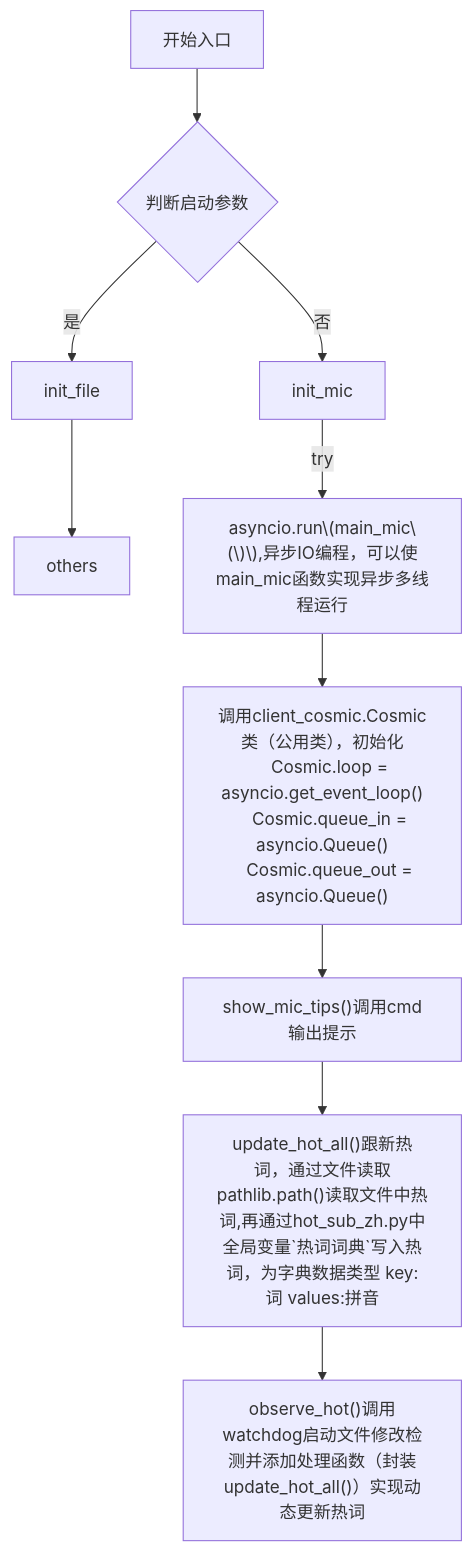
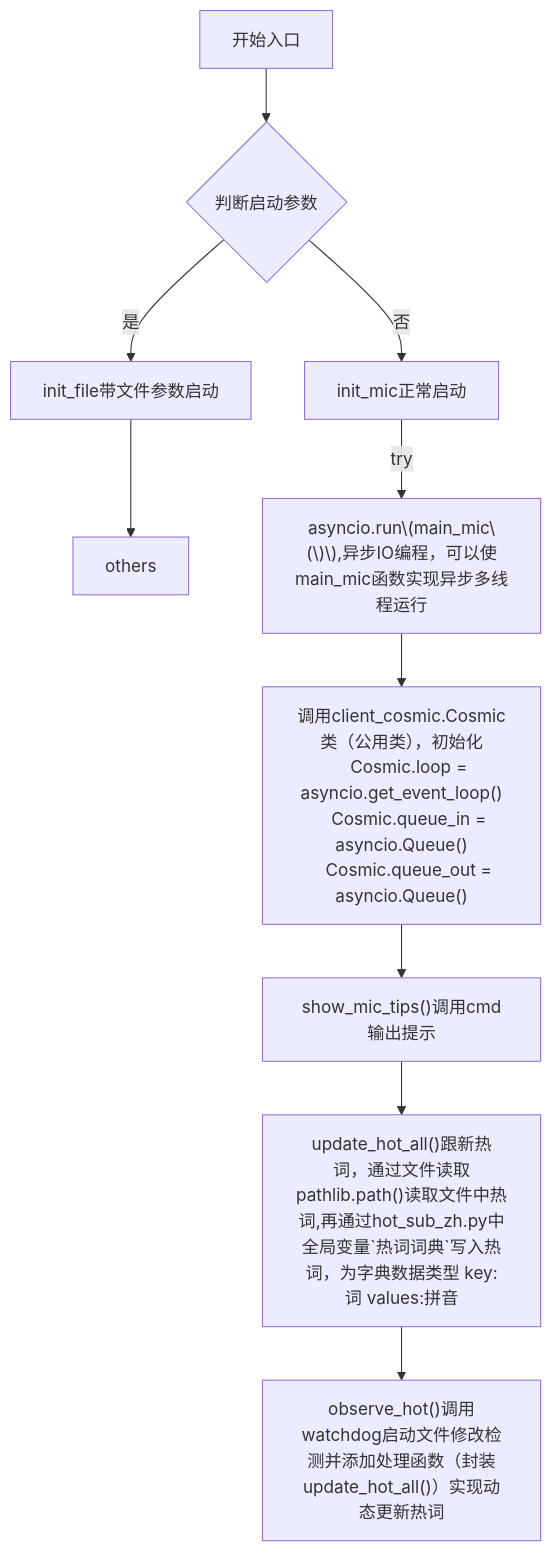
One commit to JIYIC-P/CapsWriter_fixed changed the diagram in README.md. Above: the diagram before and after it, drawn with Mermaid.

````diff
--- a/README.md
+++ b/README.md
@@ -6,15 +6,15 @@
 ```mermaid
 graph TD;
 main[开始入口] --> A{判断启动参数};
-A -->|是| B[init_file];
-A -->|否| C[init_mic];
+A -->|是| B[init_file带文件参数启动];
+A -->|否| C[init_mic正常启动];
 B --> D[others];
 C -->|try| E["asyncio.run\(main_mic\(\)\),异步IO编程，可以使main_mic函数实现异步多线程运行"];
 E --> F["调用client_cosmic.Cosmic类（公用类），初始化
     Cosmic.loop = asyncio.get_event_loop()
     Cosmic.queue_in = asyncio.Queue()
     Cosmic.queue_out = asyncio.Queue()"]
 F --> G["show_mic_tips()调用cmd输出提示"]
 G --> H["update_hot_all()跟新热词，通过文件读取pathlib.path()读取文件中热词,再通过hot_sub_zh.py中全局变量`热词词典`写入热词，为字典数据类型 key:词 values:拼音"]
 H --> I["observe_hot()调用watchdog启动文件修改检测并添加处理函数（封装update_hot_all()）实现动态更新热词"]
 ```
````
